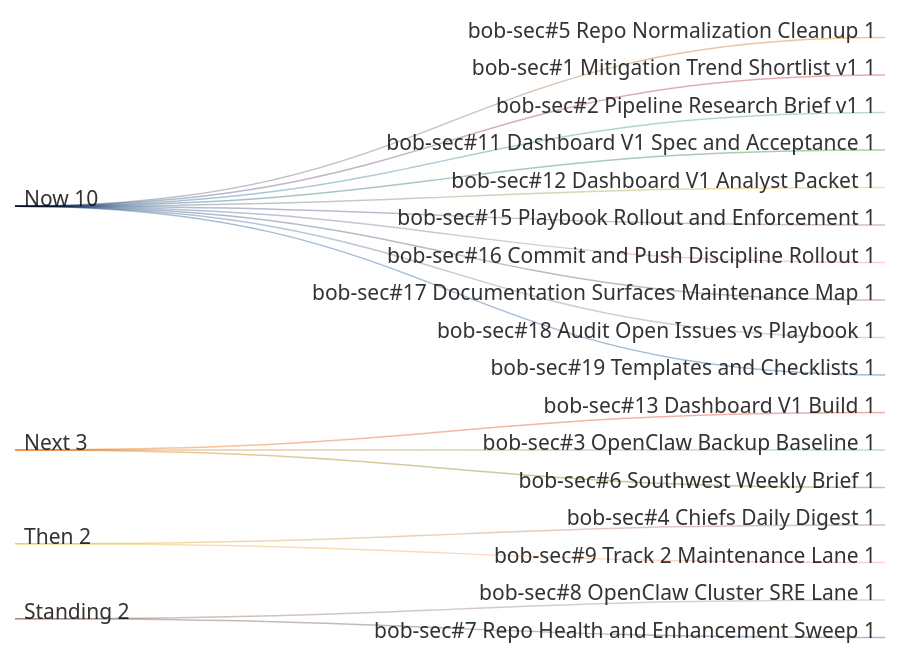
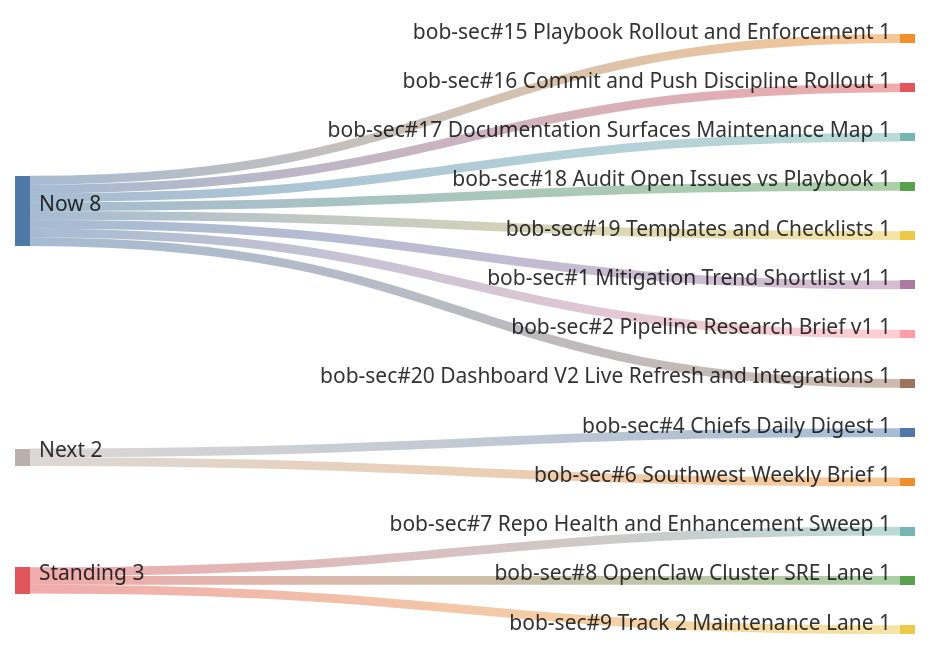
Before and after one commit to stevologic/bob-sec: the diagram in research/operations/current-work-gantt.md, drawn with Mermaid. The commit also changed other lines of this file, not shown here.

Commit message:
docs: update current work gantt for dashboard v2

````diff
--- a/research/operations/current-work-gantt.md
+++ b/research/operations/current-work-gantt.md
@@ -5,20 +5,16 @@
 ```mermaid
 sankey-beta
-Now,bob-sec#5 Repo Normalization Cleanup,1
-Now,bob-sec#1 Mitigation Trend Shortlist v1,1
-Now,bob-sec#2 Pipeline Research Brief v1,1
-Now,bob-sec#11 Dashboard V1 Spec and Acceptance,1
-Now,bob-sec#12 Dashboard V1 Analyst Packet,1
 Now,bob-sec#15 Playbook Rollout and Enforcement,1
 Now,bob-sec#16 Commit and Push Discipline Rollout,1
 Now,bob-sec#17 Documentation Surfaces Maintenance Map,1
 Now,bob-sec#18 Audit Open Issues vs Playbook,1
 Now,bob-sec#19 Templates and Checklists,1
-Next,bob-sec#13 Dashboard V1 Build,1
-Next,bob-sec#3 OpenClaw Backup Baseline,1
+Now,bob-sec#1 Mitigation Trend Shortlist v1,1
+Now,bob-sec#2 Pipeline Research Brief v1,1
+Now,bob-sec#20 Dashboard V2 Live Refresh and Integrations,1
+Next,bob-sec#4 Chiefs Daily Digest,1
 Next,bob-sec#6 Southwest Weekly Brief,1
-Then,bob-sec#4 Chiefs Daily Digest,1
-Then,bob-sec#9 Track 2 Maintenance Lane,1
+Standing,bob-sec#7 Repo Health and Enhancement Sweep,1
 Standing,bob-sec#8 OpenClaw Cluster SRE Lane,1
-Standing,bob-sec#7 Repo Health and Enhancement Sweep,1
+Standing,bob-sec#9 Track 2 Maintenance Lane,1
 ```
````
